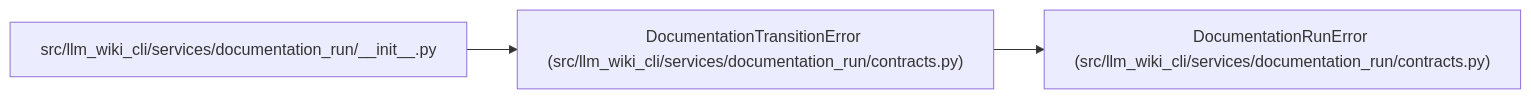
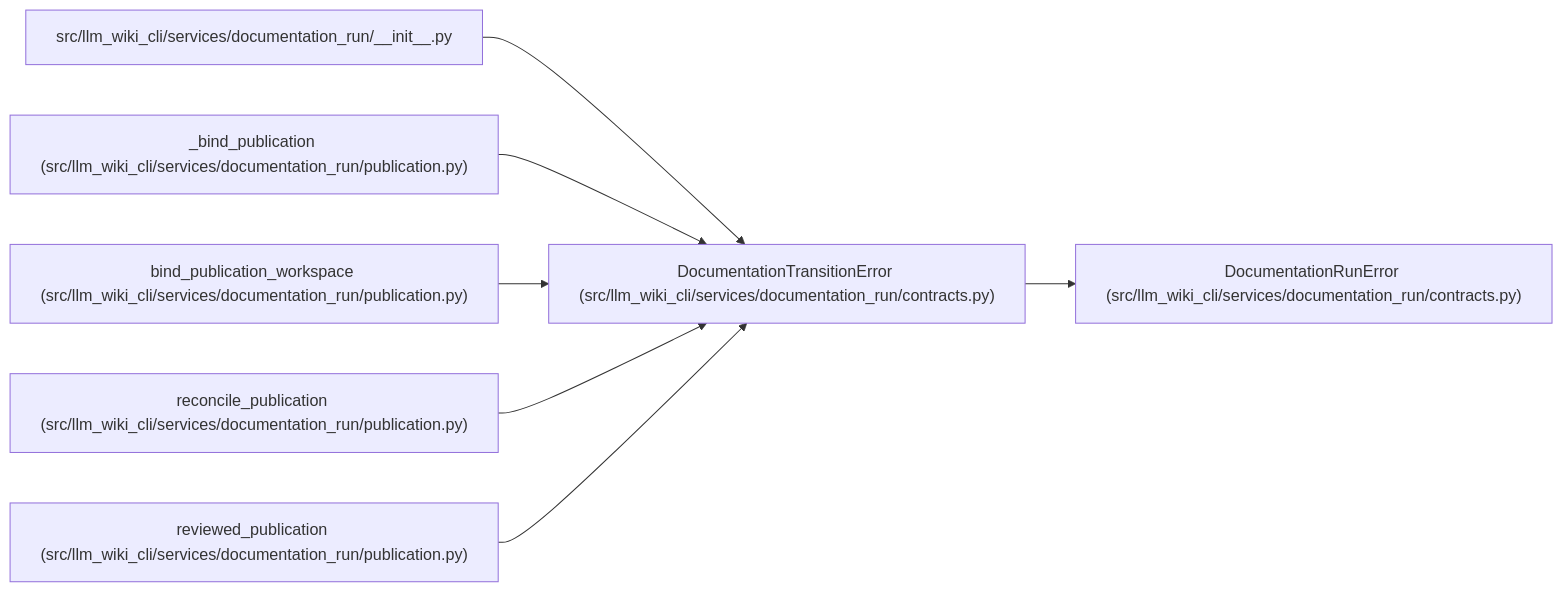
The diagram in docs/llm_wiki/entities/DocumentationTransitionError.md (Denissvgn/python-wiki-llm), drawn with Mermaid before and after one commit. The commit also changed other lines of this file and 375 other files, not shown here.

Commit message:
feat: propose independently reviewed patches for mapped wiki documentation

````diff
--- a/docs/llm_wiki/entities/DocumentationTransitionError.md
+++ b/docs/llm_wiki/entities/DocumentationTransitionError.md
@@ -23,11 +23,23 @@
 ```mermaid
 flowchart LR
     n0["DocumentationTransitionError (src/llm_wiki_cli/services/documentation_run/contracts.py)"]
     n1["DocumentationRunError (src/llm_wiki_cli/services/documentation_run/contracts.py)"]
     n2["src/llm_wiki_cli/services/documentation_run/__init__.py"]
+    n3["_bind_publication (src/llm_wiki_cli/services/documentation_run/publication.py)"]
+    n4["bind_publication_workspace (src/llm_wiki_cli/services/documentation_run/publication.py)"]
+    n5["reconcile_publication (src/llm_wiki_cli/services/documentation_run/publication.py)"]
+    n6["reviewed_publication (src/llm_wiki_cli/services/documentation_run/publication.py)"]
     n0 --> n1
     n2 --> n0
+    n3 --> n0
+    n4 --> n0
+    n5 --> n0
+    n6 --> n0
     click n0 "../modules/documentation_run_contracts.md"
     click n1 "../modules/documentation_run_contracts.md"
     click n2 "../modules/documentation_run___init__.md"
+    click n3 "../modules/publication.md"
+    click n4 "../modules/publication.md"
+    click n5 "../modules/publication.md"
+    click n6 "../modules/publication.md"
 ```
````
